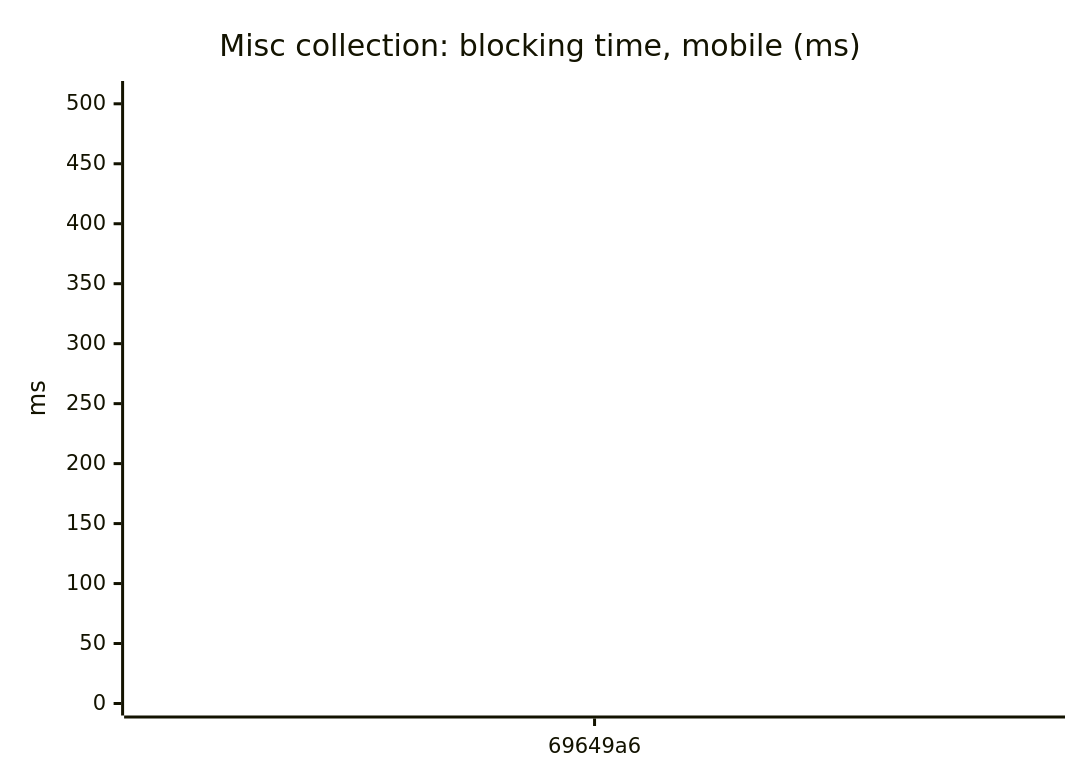
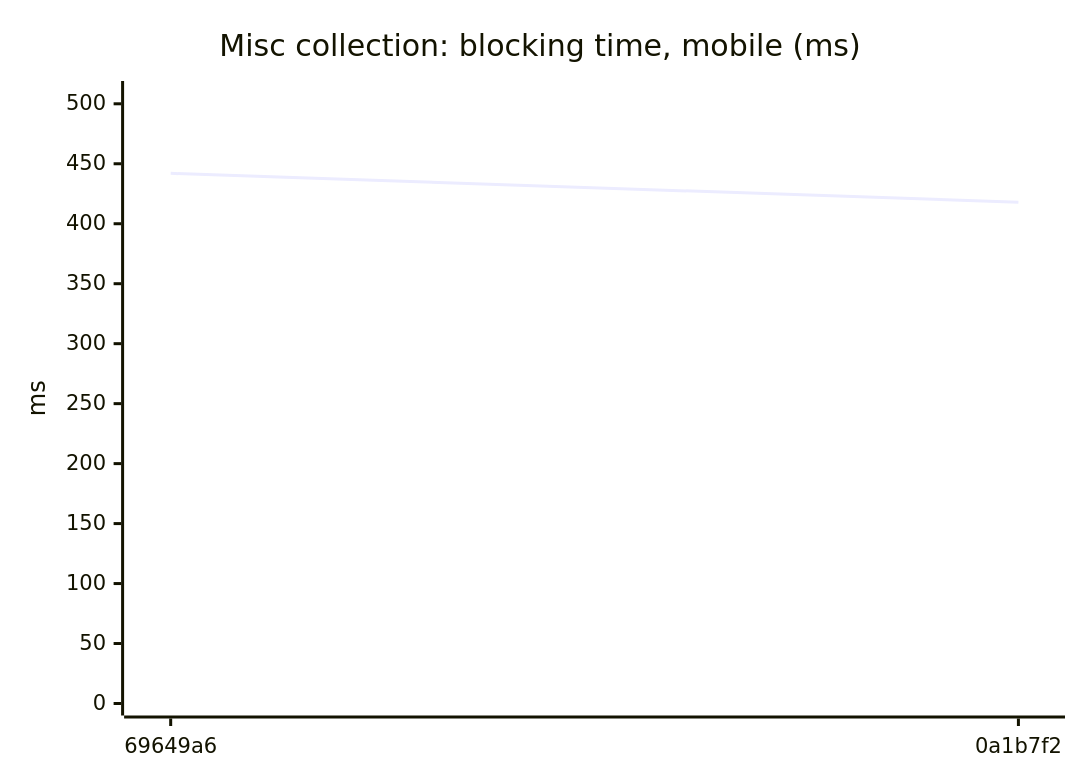
One commit to AxelUser/maltsev.space changed the tenth of 18 diagrams in README.md. Above: the diagram before and after it, drawn with Mermaid. The commit also changed other lines of this file and 1 other file, not shown here.

````diff
--- a/README.md
+++ b/README.md
@@ -115,7 +115,7 @@
 ```mermaid
 xychart-beta
   title "Misc collection: blocking time, mobile (ms)"
-  x-axis ["69649a6"]
+  x-axis ["69649a6", "0a1b7f2"]
   y-axis "ms" 0 --> 509
-  line [442]
+  line [442, 418]
 ```
````
